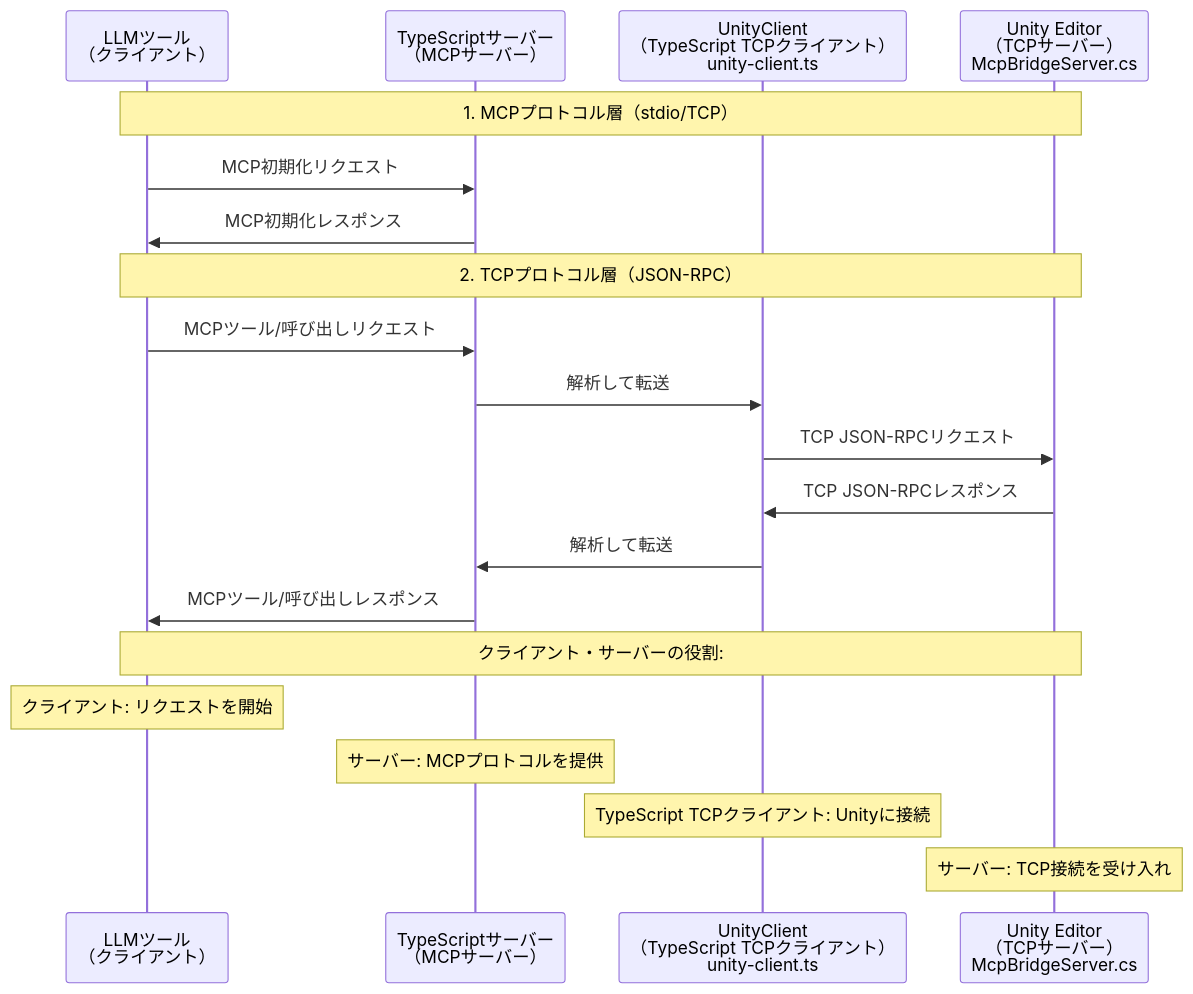
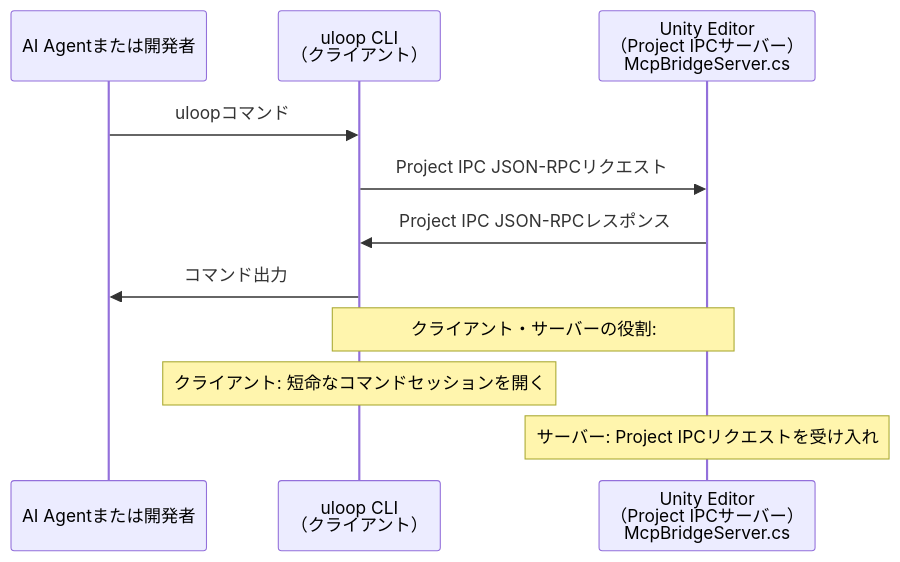
One commit to hatayama/uLoopMCP changed the third of 7 diagrams in Packages/docs/ARCHITECTURE_Unity_ja.md. Above: the diagram before and after it, drawn with Mermaid. The commit also changed other lines of this file and 38 other files, not shown here.

First line of the commit message:
Remove MCP client display and notifications

````diff
--- a/Packages/docs/ARCHITECTURE_Unity_ja.md
+++ b/Packages/docs/ARCHITECTURE_Unity_ja.md
@@ -83,25 +59,15 @@
 ```mermaid
 sequenceDiagram
-    participant LLM as LLMツール<br/>（クライアント）
-    participant TS as TypeScriptサーバー<br/>（MCPサーバー）
-    participant UC as UnityClient<br/>（TypeScript TCPクライアント）<br/>unity-client.ts
-    participant Unity as Unity Editor<br/>（TCPサーバー）<br/>McpBridgeServer.cs
+    participant Agent as AI Agentまたは開発者
+    participant CLI as uloop CLI<br/>（クライアント）
+    participant Unity as Unity Editor<br/>（Project IPCサーバー）<br/>McpBridgeServer.cs
     
-    Note over LLM, Unity: 1. MCPプロトコル層（stdio/TCP）
-    LLM->>TS: MCP初期化リクエスト
-    TS->>LLM: MCP初期化レスポンス
+    Agent->>CLI: uloopコマンド
+    CLI->>Unity: Project IPC JSON-RPCリクエスト
+    Unity->>CLI: Project IPC JSON-RPCレスポンス
+    CLI->>Agent: コマンド出力
     
-    Note over LLM, Unity: 2. TCPプロトコル層（JSON-RPC）
-    LLM->>TS: MCPツール/呼び出しリクエスト
-    TS->>UC: 解析して転送
-    UC->>Unity: TCP JSON-RPCリクエスト
-    Unity->>UC: TCP JSON-RPCレスポンス
-    UC->>TS: 解析して転送
-    TS->>LLM: MCPツール/呼び出しレスポンス
-    
-    Note over LLM, Unity: クライアント・サーバーの役割:
-    Note over LLM: クライアント: リクエストを開始
-    Note over TS: サーバー: MCPプロトコルを提供
-    Note over UC: TypeScript TCPクライアント: Unityに接続
-    Note over Unity: サーバー: TCP接続を受け入れ
+    Note over CLI, Unity: クライアント・サーバーの役割:
+    Note over CLI: クライアント: 短命なコマンドセッションを開く
+    Note over Unity: サーバー: Project IPCリクエストを受け入れ
 ```
````
